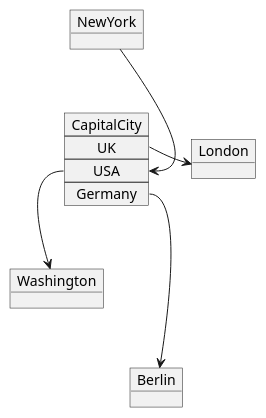
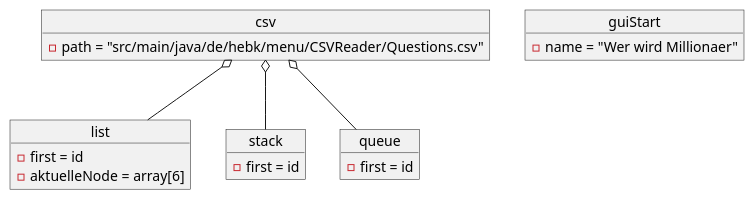
One commit to HEBK-BGM/dynamische-Datenstrukturen-Team-3 changed the diagram in doku/lastenheft/Diagramme/Objektdiagramm.puml. Above: the diagram before and after it, drawn with PlantUML. The commit also changed 1 other file, not shown here.

Commit message:
[ADD] Objektdiagramm

```diff
--- a/doku/lastenheft/Diagramme/Objektdiagramm.puml
+++ b/doku/lastenheft/Diagramme/Objektdiagramm.puml
@@ -1,16 +1,46 @@
 @startuml
 'https://plantuml.com/object-diagram
-
+/'
 object London
 object Washington
 object Berlin
 object NewYork
 
 map CapitalCity {
  UK *-> London
  USA *--> Washington
  Germany *---> Berlin
 }
 
 NewYork --> CapitalCity::USA
+'/
+'Wird im CSVReader erstellt
+object list {
+- first = id
+- aktuelleNode = array[6]
+}
+
+'Wird im CSVReader erstellt
+object stack {
+- first = id
+}
+
+'Wird im CSVReader erstellt
+object queue {
+- first = id
+}
+
+'Wird im Menu erstellt
+object csv {
+- path = "src/main/java/de/hebk/menu/CSVReader/Questions.csv"
+}
+
+'Wird im Menu erstellt
+object guiStart {
+- name = "Wer wird Millionaer"
+}
+
+csv o-- list
+csv o-- stack
+csv o-- queue
 @enduml
```
